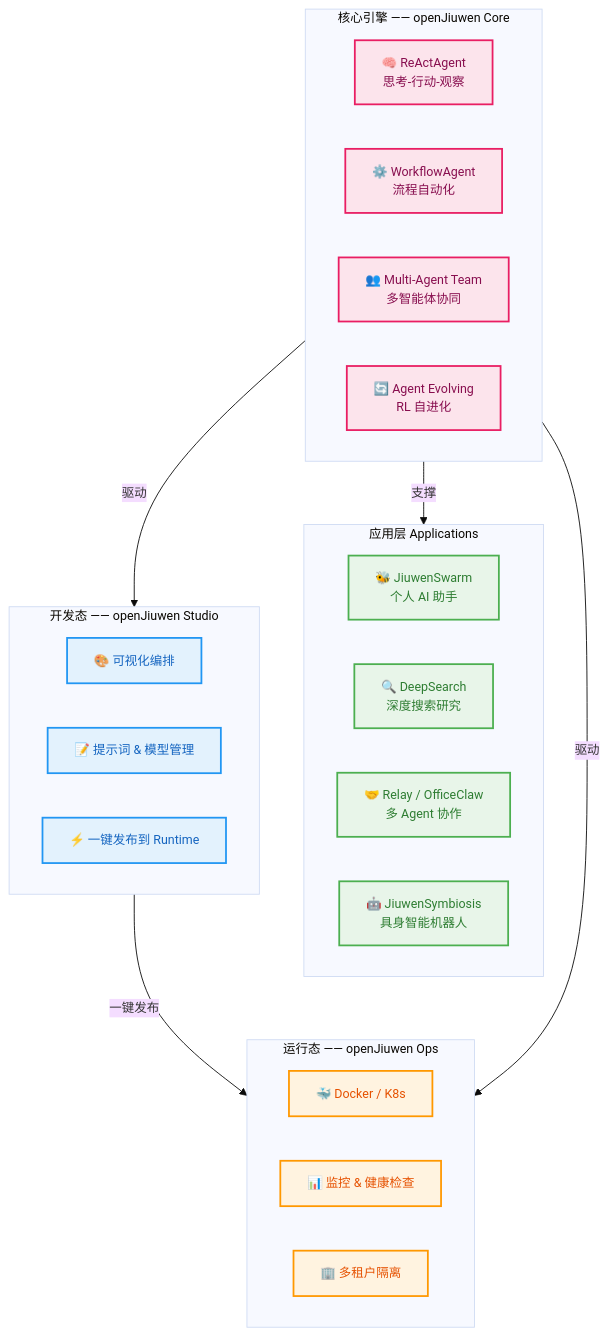
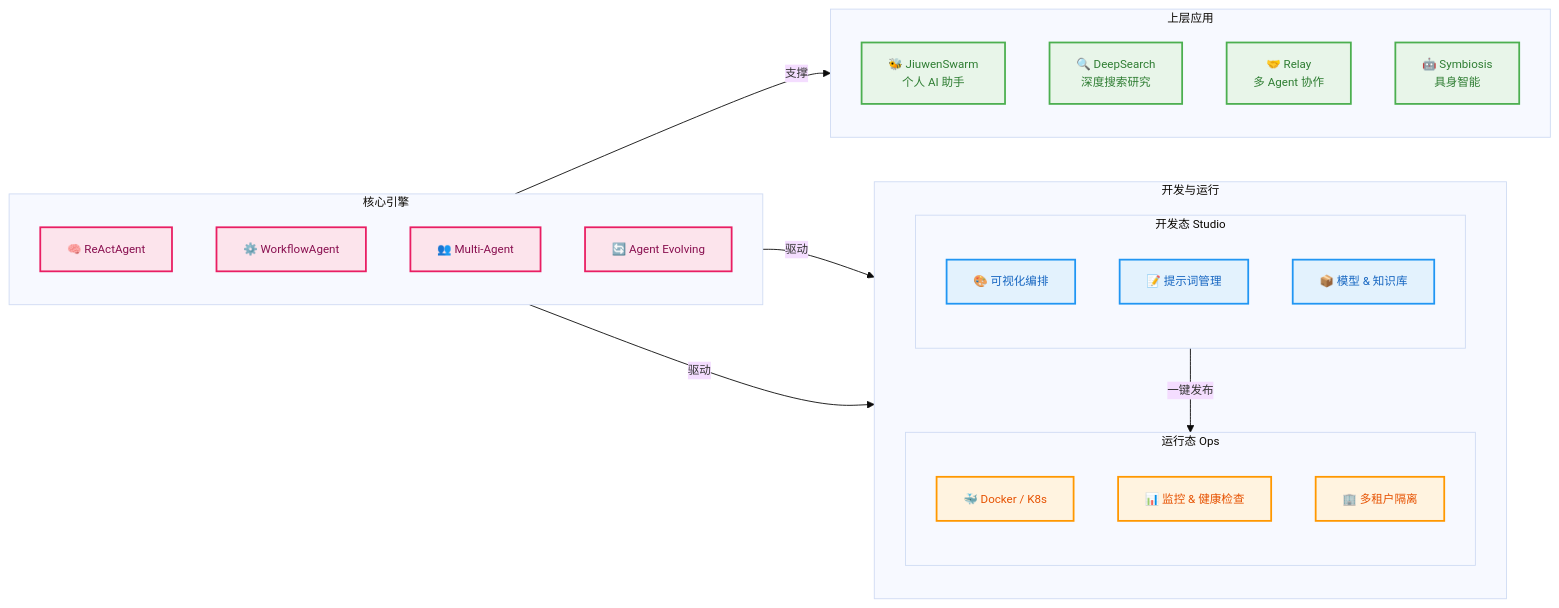
One commit to csoulnd/InferTechNote changed the first of 2 diagrams in CodeAgent/docs/openJiuwen.md. Above: the diagram before and after it, drawn with Mermaid.

Commit message:
update openjiuwen Software Architecture

````diff
--- a/CodeAgent/docs/openJiuwen.md
+++ b/CodeAgent/docs/openJiuwen.md
@@ -17,43 +17,45 @@
 ```mermaid
-%%{init: {'theme': 'base', 'themeVariables': { 'fontSize': '14px'}}}%%
-flowchart TB
-    subgraph APPS[" 应用层 Applications  "]
-        direction LR
+%%{init: {'theme': 'base', 'themeVariables': { 'fontSize': '13px'}}}%%
+flowchart LR
+    subgraph CORE[" 核心引擎  "]
+        direction TB
+        C1["🧠 ReActAgent"]:::core
+        C2["⚙️ WorkflowAgent"]:::core
+        C3["👥 Multi-Agent"]:::core
+        C4["🔄 Agent Evolving"]:::core
+    end
+
+    subgraph MID[" 开发与运行  "]
+        direction TB
+        subgraph STUDIO[" 开发态 Studio  "]
+            direction TB
+            A1["🎨 可视化编排"]:::studio
+            A2["📝 提示词管理"]:::studio
+            A3["📦 模型 & 知识库"]:::studio
+        end
+        STUDIO -->|"一键发布"| OPS
+        subgraph OPS[" 运行态 Ops  "]
+            direction TB
+            B1["🐳 Docker / K8s"]:::ops
+            B2["📊 监控 & 健康检查"]:::ops
+            B3["🏢 多租户隔离"]:::ops
+        end
+    end
+
+    subgraph APPS[" 上层应用  "]
+        direction TB
         D1["🐝 JiuwenSwarm<br/>个人 AI 助手"]:::app
         D2["🔍 DeepSearch<br/>深度搜索研究"]:::app
-        D3["🤝 Relay / OfficeClaw<br/>多 Agent 协作"]:::app
-        D4["🤖 JiuwenSymbiosis<br/>具身智能机器人"]:::app
+        D3["🤝 Relay<br/>多 Agent 协作"]:::app
+        D4["🤖 Symbiosis<br/>具身智能"]:::app
     end
 
-    subgraph STUDIO[" 开发态 —— openJiuwen Studio  "]
-        direction LR
-        A1["🎨 可视化编排"]:::studio
-        A2["📝 提示词 & 模型管理"]:::studio
-        A3["⚡ 一键发布到 Runtime"]:::studio
-    end
-
-    subgraph OPS[" 运行态 —— openJiuwen Ops  "]
-        direction LR
-        B1["🐳 Docker / K8s"]:::ops
-        B2["📊 监控 & 健康检查"]:::ops
-        B3["🏢 多租户隔离"]:::ops
-    end
-
-    subgraph CORE[" 核心引擎 —— openJiuwen Core  "]
-        direction LR
-        C1["🧠 ReActAgent<br/>思考-行动-观察"]:::core
-        C2["⚙️ WorkflowAgent<br/>流程自动化"]:::core
-        C3["👥 Multi-Agent Team<br/>多智能体协同"]:::core
-        C4["🔄 Agent Evolving<br/>RL 自进化"]:::core
-    end
-
-    STUDIO -->|一键发布| OPS
-    CORE -->|驱动| STUDIO
-    CORE -->|驱动| OPS
-    CORE -->|支撑| APPS
+    CORE -->|"驱动"| STUDIO
+    CORE -->|"驱动"| OPS
+    CORE -->|"支撑"| APPS
 
     classDef app fill:#e8f5e9,stroke:#4caf50,stroke-width:2px,color:#2e7d32
     classDef studio fill:#e3f2fd,stroke:#2196f3,stroke-width:2px,color:#1565c0
     classDef ops fill:#fff3e0,stroke:#ff9800,stroke-width:2px,color:#e65100
     classDef core fill:#fce4ec,stroke:#e91e63,stroke-width:2px,color:#880e4f
 ```
````
